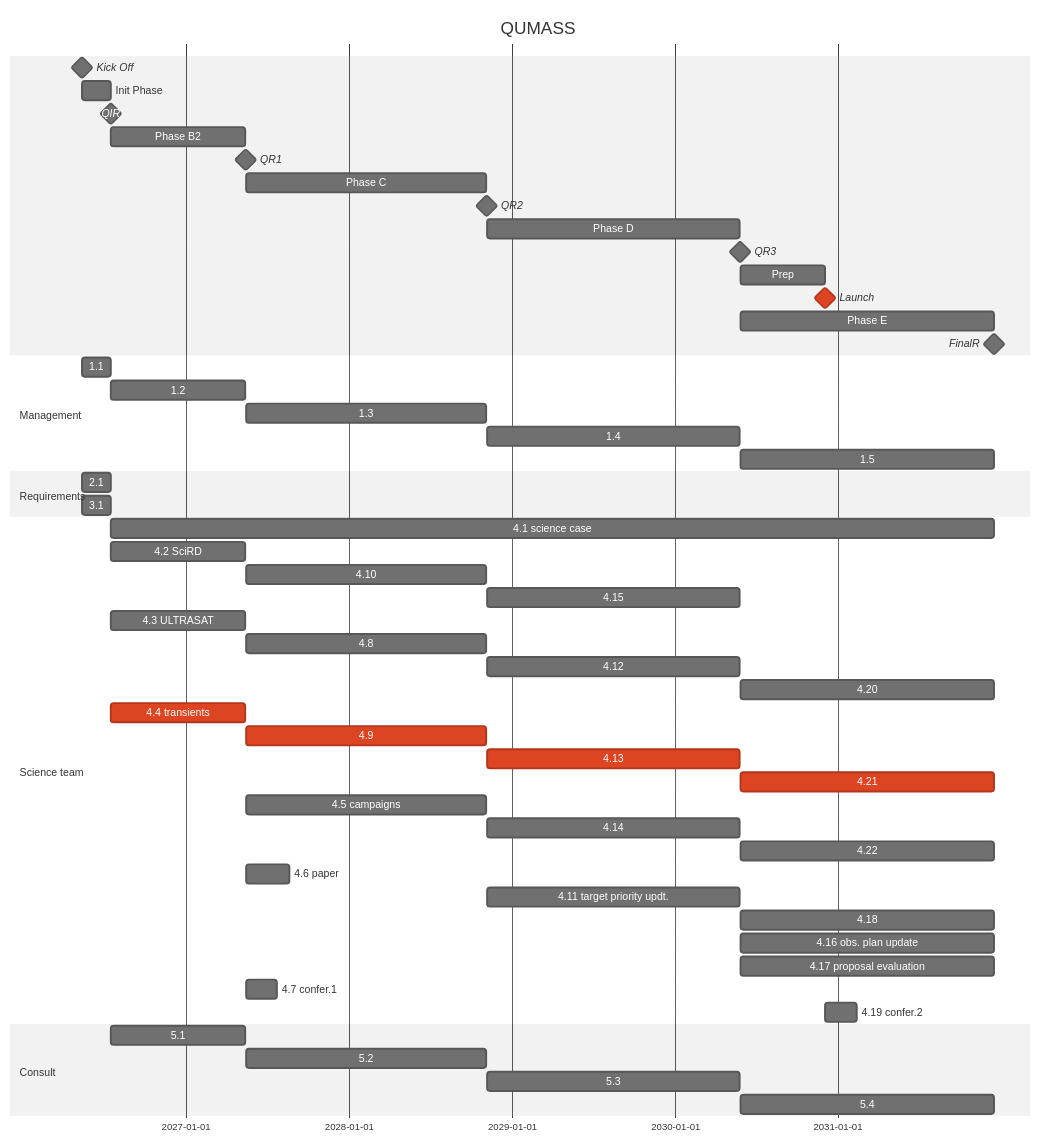
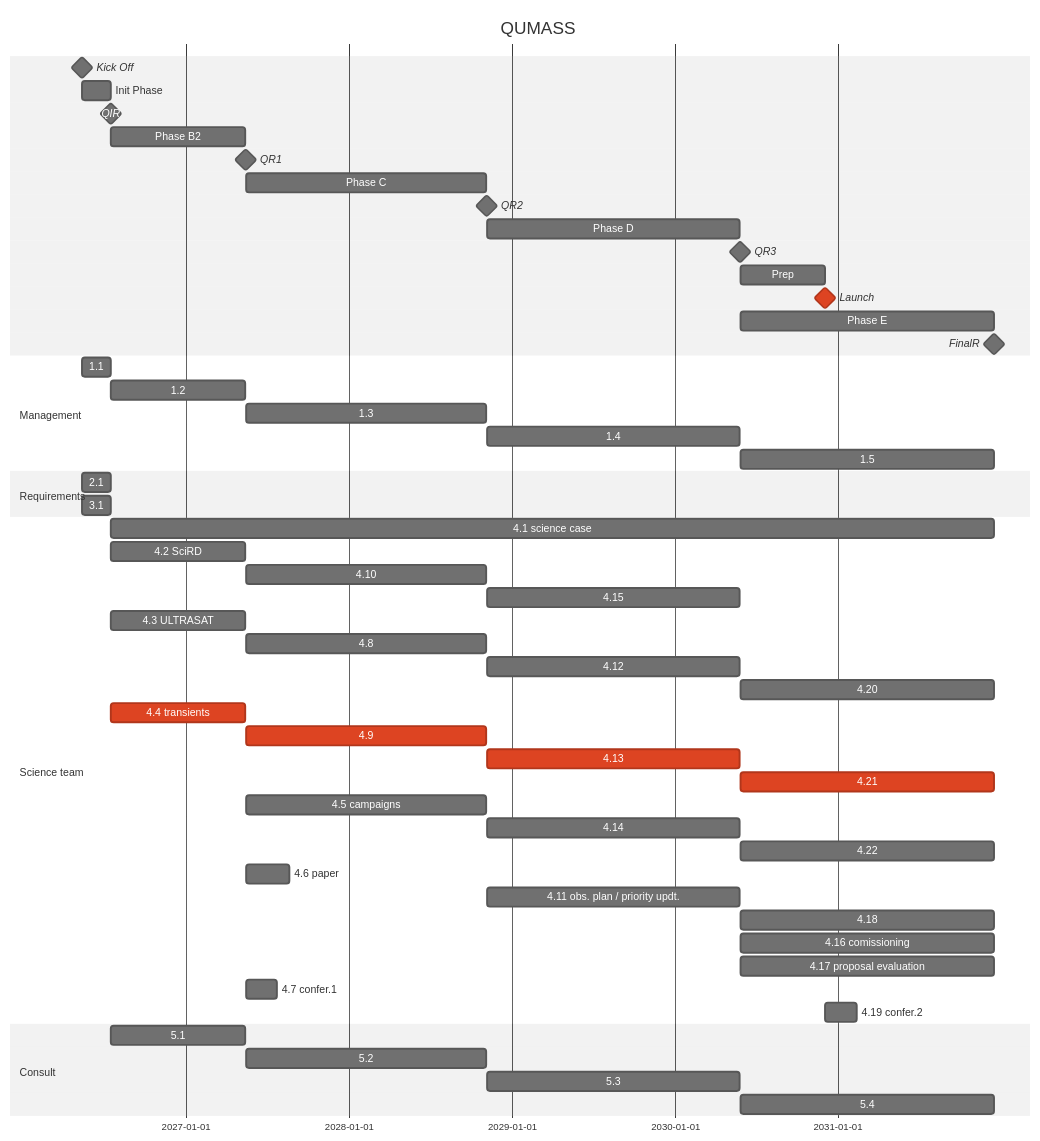
One commit to limu007/quvik changed the diagram in calib/Science.md. Above: the diagram before and after it, drawn with Mermaid (neutral theme).

````diff
--- a/calib/Science.md
+++ b/calib/Science.md
@@ -1,57 +1,57 @@
 ```mermaid
 gantt
     title QUMASS
     dateFormat  YYYY-MM-DD
     Kick Off : milestone, ko, 2026-05-14, 1d
     Init Phase : b1, after ko, 9w
     QIR : milestone, ir, after b1, 1d
     Phase B2 : b2, after ir, 43w
     QR1 : milestone, pdr, after b2, 1d
     Phase C : c1, after pdr, 77w
     QR2 : milestone, cdr, after c1, 1d
     Phase D : d1, after cdr, 81w
     QR3 : milestone, far, after d1, 1d
     Prep : prep, after far, 27w
     Launch : crit, milestone, frr, after prep, 1d
     Phase E : e1, after far, 81w
     FinalR : milestone, fr, after e1, 1d
 
     section Management
     1.1 : after ko, until ir
     1.2 : after ir, until pdr
     1.3 : after pdr, until cdr
     1.4 : after cdr, until far
     1.5 : after far, until fr
     section Requirements
     2.1 : after ko, until ir
     3.1 : after ko, until ir
     section Science team
     4.1 science case : after ir, until fr
     4.2 SciRD : after ir, until pdr
     4.10 : after pdr, until cdr
     4.15 : after cdr, until far
     4.3 ULTRASAT : after ir, until pdr
     4.8 : after pdr, until cdr
     4.12 : after cdr, until far
     4.20 : after far, until fr
     4.4 transients : crit, after ir, until pdr
     4.9 : crit, after pdr, until cdr
     4.13 : crit, after cdr, until far
     4.21 : crit, after far, until fr
     4.5 campaigns : after pdr, until cdr
     4.14 : after cdr, until far
     4.22 : after far, until fr
     4.6 paper : after pdr, 14w
-    4.11 target priority updt. : after cdr, until far
+    4.11 obs. plan / priority updt. : after cdr, until far
     4.18 : after far, until fr
-    4.16 obs. plan update : after far, until fr
+    4.16 comissioning : after far, until fr
     4.17 proposal evaluation : after far, until fr
     4.7 confer.1 : after pdr, 10w
     4.19 confer.2 : after frr, 10w
     section Consult
     5.1 : after ir, until pdr
     5.2 : after pdr, until cdr
     5.3 : after cdr, until far
     5.4 : after far, until fr
 
 ```
````
